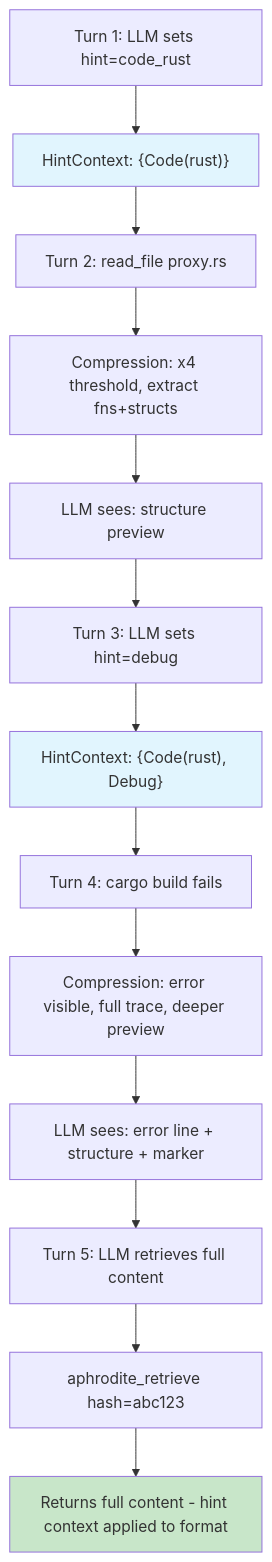
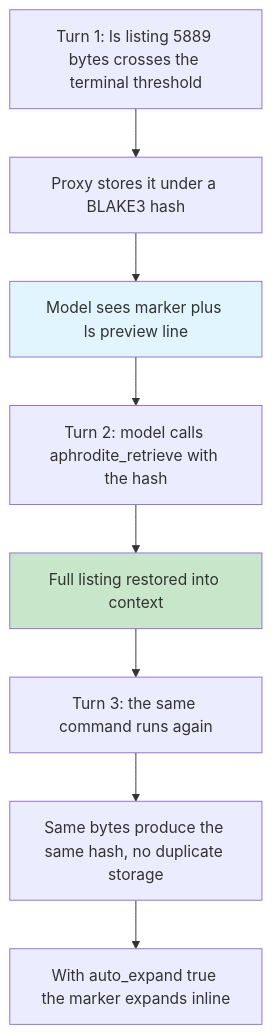
The second of 2 diagrams in docs/examples/llm-view.md (PlayForm/Aphrodite), drawn with Mermaid before and after one commit. The commit also changed other lines of this file and 3 other files, not shown here.

````diff
--- a/docs/examples/llm-view.md
+++ b/docs/examples/llm-view.md
@@ -148,19 +120,13 @@
 ```mermaid
 graph TD
-    A["Turn 1: LLM sets hint=code_rust"] --> B["HintContext: {Code(rust)}"]
-    B --> C["Turn 2: read_file proxy.rs"]
-    C --> D["Compression: x4 threshold, extract fns+structs"]
-    D --> E["LLM sees: structure preview"]
-    E --> F["Turn 3: LLM sets hint=debug"]
-    F --> G["HintContext: {Code(rust), Debug}"]
-    G --> H["Turn 4: cargo build fails"]
-    H --> I["Compression: error visible, full trace, deeper preview"]
-    I --> J["LLM sees: error line + structure + marker"]
-    J --> K["Turn 5: LLM retrieves full content"]
-    K --> L["aphrodite_retrieve hash=abc123"]
-    L --> M["Returns full content - hint context applied to format"]
+    A["Turn 1: ls listing 5889 bytes crosses the terminal threshold"] --> B["Proxy stores it under a BLAKE3 hash"]
+    B --> C["Model sees marker plus ls preview line"]
+    C --> D["Turn 2: model calls aphrodite_retrieve with the hash"]
+    D --> E["Full listing restored into context"]
+    E --> F["Turn 3: the same command runs again"]
+    F --> G["Same bytes produce the same hash, no duplicate storage"]
+    G --> H["With auto_expand true the marker expands inline"]
 
-    style B fill:#e1f5fe
-    style G fill:#e1f5fe
-    style M fill:#c8e6c9
+    style C fill:#e1f5fe
+    style E fill:#c8e6c9
 ```
````
